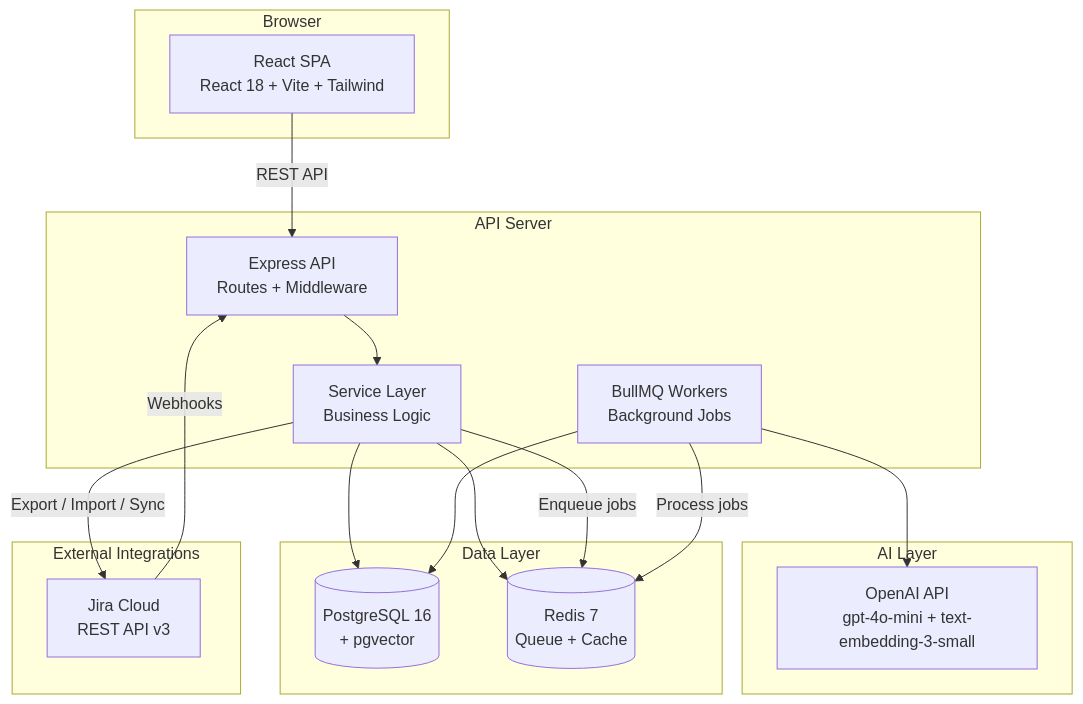
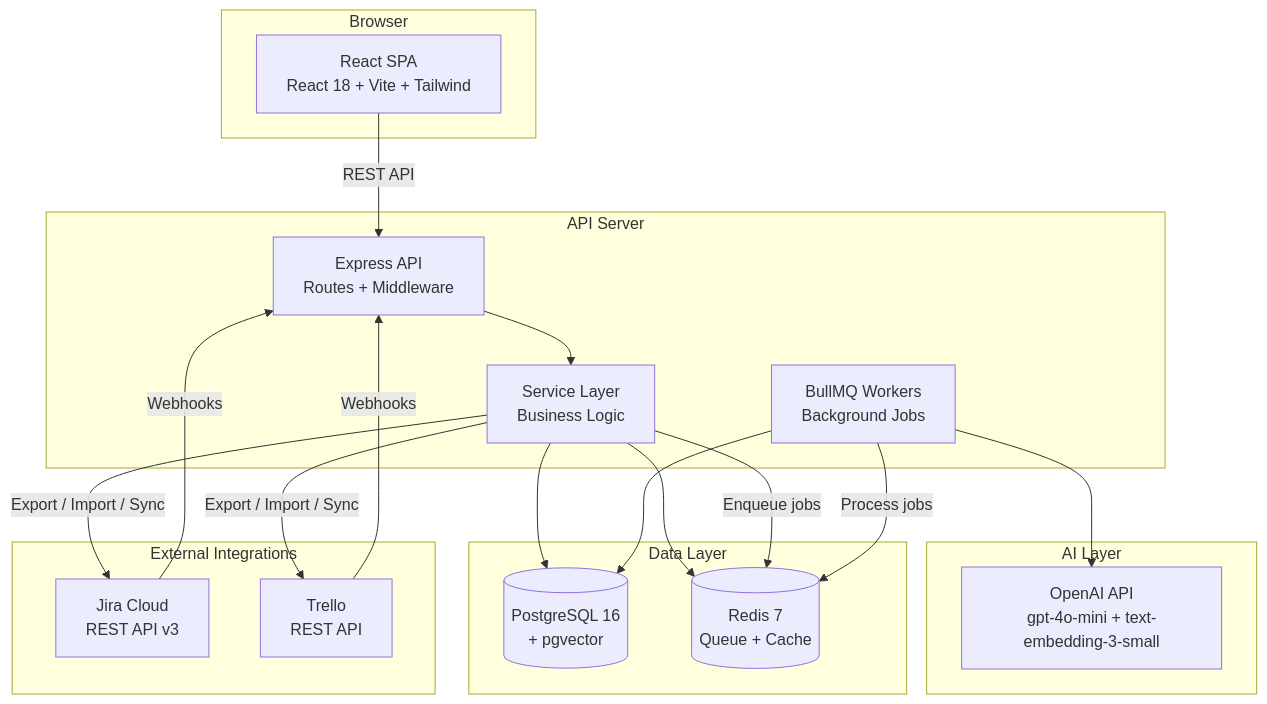
The second of 6 diagrams in docs/architecture.md (Ship-Scope/Ship-Scope), drawn with Mermaid before and after one commit. The commit also changed other lines of this file and 27 other files, not shown here.

Commit message:
FEATURE: add Trello integration with export, import, sync and webhook support

````diff
--- a/docs/architecture.md
+++ b/docs/architecture.md
@@ -24,36 +24,39 @@
 ```mermaid
 graph TB
     subgraph "Browser"
         WEB[React SPA<br/>React 18 + Vite + Tailwind]
     end
 
     subgraph "API Server"
         EXPRESS[Express API<br/>Routes + Middleware]
         SERVICES[Service Layer<br/>Business Logic]
         WORKERS[BullMQ Workers<br/>Background Jobs]
     end
 
     subgraph "AI Layer"
         OPENAI[OpenAI API<br/>gpt-4o-mini + text-embedding-3-small]
     end
 
     subgraph "Data Layer"
         PG[(PostgreSQL 16<br/>+ pgvector)]
         REDIS[(Redis 7<br/>Queue + Cache)]
     end
 
     subgraph "External Integrations"
         JIRA[Jira Cloud<br/>REST API v3]
+        TRELLO[Trello<br/>REST API]
     end
 
     WEB -->|REST API| EXPRESS
     EXPRESS --> SERVICES
     SERVICES --> PG
     SERVICES --> REDIS
     SERVICES -->|Enqueue jobs| REDIS
     SERVICES -->|Export / Import / Sync| JIRA
     JIRA -->|Webhooks| EXPRESS
+    SERVICES -->|Export / Import / Sync| TRELLO
+    TRELLO -->|Webhooks| EXPRESS
     WORKERS -->|Process jobs| REDIS
     WORKERS --> OPENAI
     WORKERS --> PG
 ```
````
